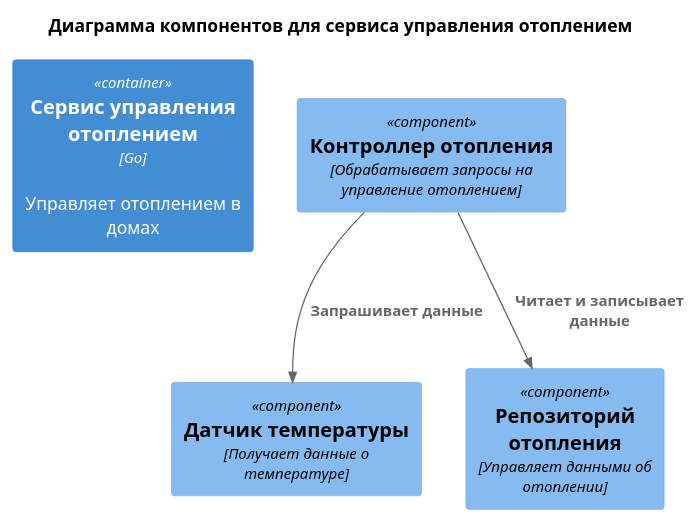
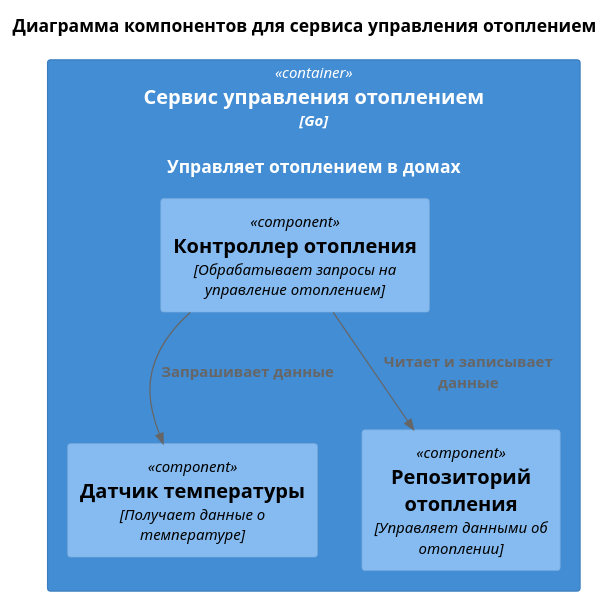
The diagram in diagrams/01/02_heating-controller.plantuml (spinel/swa16), drawn with PlantUML before and after one commit. The commit also changed 5 other files, not shown here.

Commit message:
diagrams

```diff
--- a/diagrams/01/02_heating-controller.plantuml
+++ b/diagrams/01/02_heating-controller.plantuml
@@ -1,15 +1,15 @@
 @startuml
 title Диаграмма компонентов для сервиса управления отоплением
 
 !includeurl https://raw.githubusercontent.com/RicardoNiepel/C4-PlantUML/master/C4_Component.puml
 
-Container(heatingService, "Сервис управления отоплением", "Go", "Управляет отоплением в домах")
-
-Component(heatingController, "Контроллер отопления", "Обрабатывает запросы на управление отоплением")
-Component(temperatureSensor, "Датчик температуры", "Получает данные о температуре")
-Component(heatingRepository, "Репозиторий отопления", "Управляет данными об отоплении")
+Container(heatingService, "Сервис управления отоплением", "Go", "Управляет отоплением в домах") {
+    Component(heatingController, "Контроллер отопления", "Обрабатывает запросы на управление отоплением")
+    Component(temperatureSensor, "Датчик температуры", "Получает данные о температуре")
+    Component(heatingRepository, "Репозиторий отопления", "Управляет данными об отоплении")
+}
 
 Rel(heatingController, temperatureSensor, "Запрашивает данные")
 Rel(heatingController, heatingRepository, "Читает и записывает данные")
 
 @enduml
```
